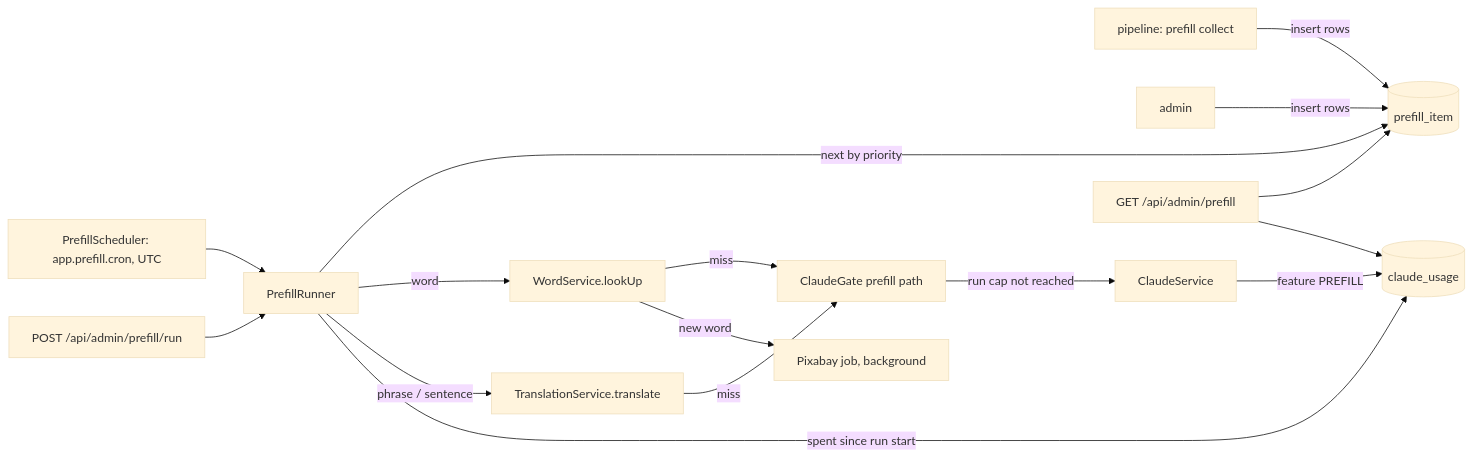
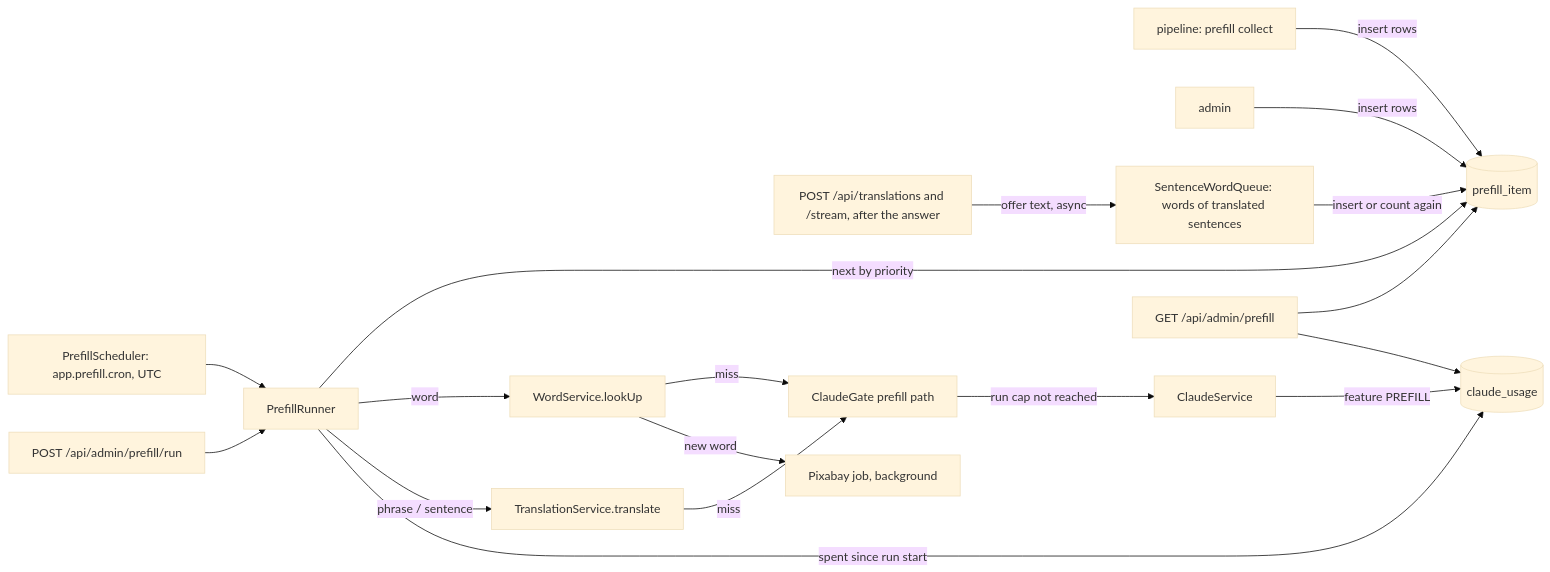
Before and after one commit to tranphuocloc070699/saynata: the first of 2 diagrams in backlog/docs/features/doc-18 - Prefill.md, drawn with Mermaid (base theme). The commit also changed other lines of this file and 10 other files, not shown here.

Commit message:
TASK-83.8: queue unknown words of translated sentences for the nightly job

````diff
--- a/backlog/docs/features/doc-18 - Prefill.md
+++ b/backlog/docs/features/doc-18 - Prefill.md
@@ -21,18 +21,20 @@
 ```mermaid
 flowchart LR
     PIPE[pipeline: prefill collect] -->|insert rows| Q[(prefill_item)]
     ADM[admin] -->|insert rows| Q
+    SW["SentenceWordQueue: words of translated sentences"] -->|insert or count again| Q
+    TC["POST /api/translations and /stream, after the answer"] -->|offer text, async| SW
     CRON[PrefillScheduler: app.prefill.cron, UTC] --> R[PrefillRunner]
     API["POST /api/admin/prefill/run"] --> R
     R -->|next by priority| Q
     R -->|word| WS[WordService.lookUp]
     R -->|"phrase / sentence"| TS[TranslationService.translate]
     WS -->|miss| GATE[ClaudeGate prefill path]
     TS -->|miss| GATE
     GATE -->|"run cap not reached"| CL[ClaudeService]
     CL -->|"feature PREFILL"| USE[(claude_usage)]
     R -->|"spent since run start"| USE
     WS -->|new word| MEDIA[Pixabay job, background]
     OV["GET /api/admin/prefill"] --> Q
     OV --> USE
 ```
````
